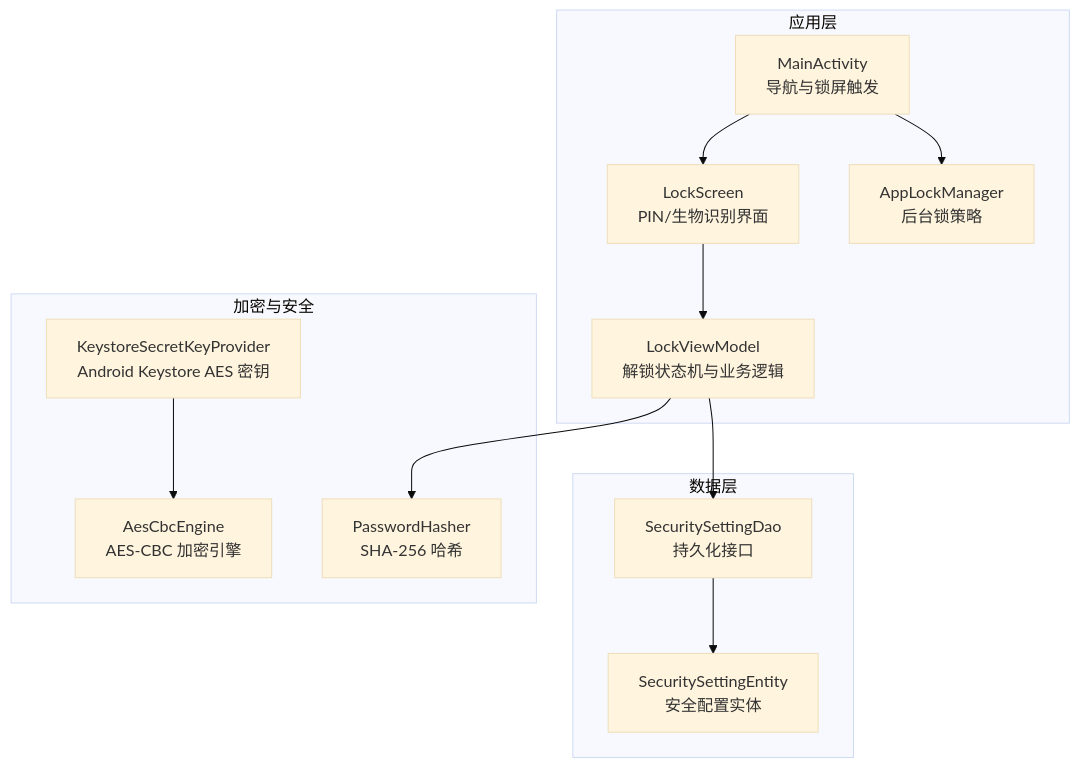
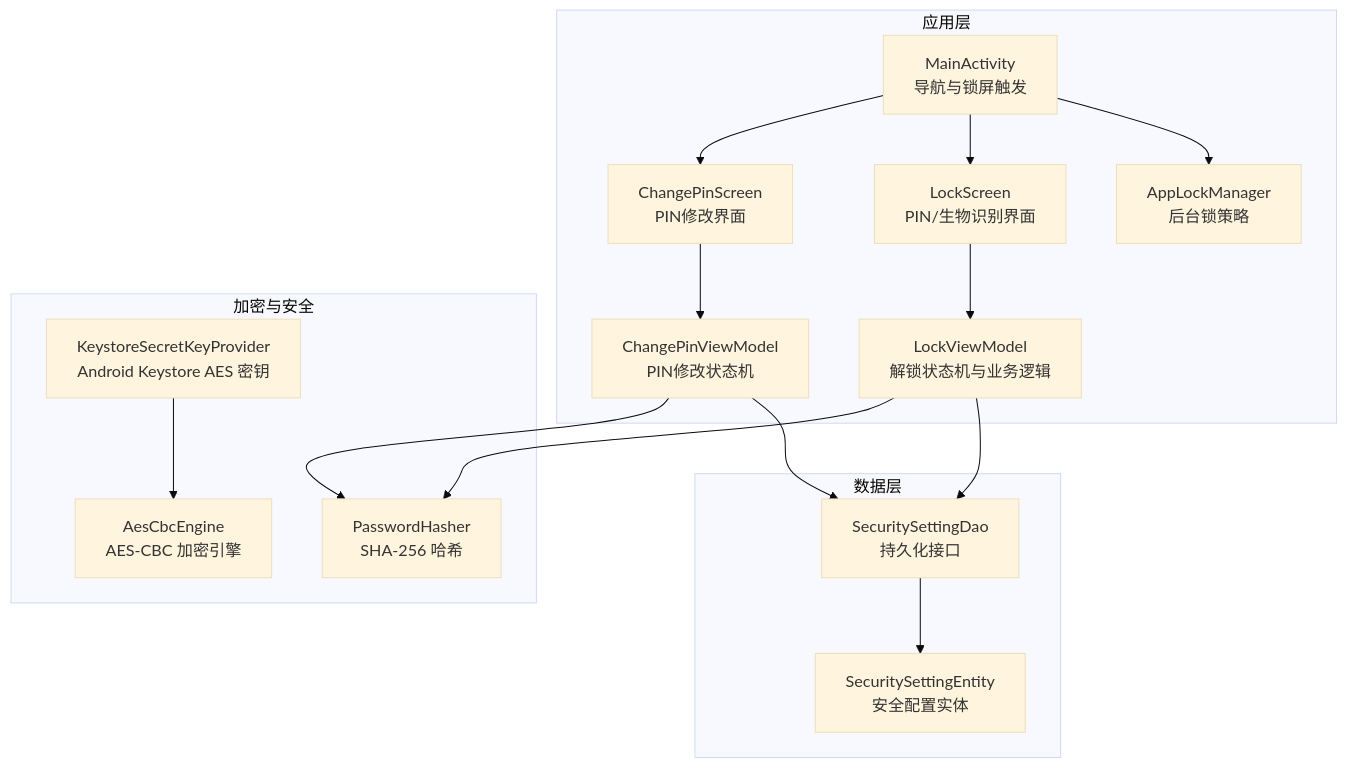
The first of 10 diagrams in .qoder/repowiki/zh/content/项目概述/核心功能特性/安全解锁系统.md (wanhongbo/ai-photo-vault), drawn with Mermaid (base theme) before and after one commit. The commit also changed other lines of this file and 22 other files, not shown here.

````diff
--- a/.qoder/repowiki/zh/content/项目概述/核心功能特性/安全解锁系统.md
+++ b/.qoder/repowiki/zh/content/项目概述/核心功能特性/安全解锁系统.md
@@ -41,25 +52,31 @@
 ```mermaid
 graph TB
 subgraph "应用层"
 A["MainActivity<br/>导航与锁屏触发"]
 B["AppLockManager<br/>后台锁策略"]
 C["LockScreen<br/>PIN/生物识别界面"]
 D["LockViewModel<br/>解锁状态机与业务逻辑"]
+E["ChangePinScreen<br/>PIN修改界面"]
+F["ChangePinViewModel<br/>PIN修改状态机"]
 end
 subgraph "数据层"
-E["SecuritySettingEntity<br/>安全配置实体"]
-F["SecuritySettingDao<br/>持久化接口"]
+G["SecuritySettingEntity<br/>安全配置实体"]
+H["SecuritySettingDao<br/>持久化接口"]
 end
 subgraph "加密与安全"
-G["PasswordHasher<br/>SHA-256 哈希"]
-H["KeystoreSecretKeyProvider<br/>Android Keystore AES 密钥"]
-I["AesCbcEngine<br/>AES-CBC 加密引擎"]
+I["PasswordHasher<br/>SHA-256 哈希"]
+J["KeystoreSecretKeyProvider<br/>Android Keystore AES 密钥"]
+K["AesCbcEngine<br/>AES-CBC 加密引擎"]
 end
 A --> B
 A --> C
+A --> E
 C --> D
-D --> F
-F --> E
-D --> G
-H --> I
+E --> F
+D --> H
+F --> H
+H --> G
+D --> I
+F --> I
+J --> K
 ```
````
